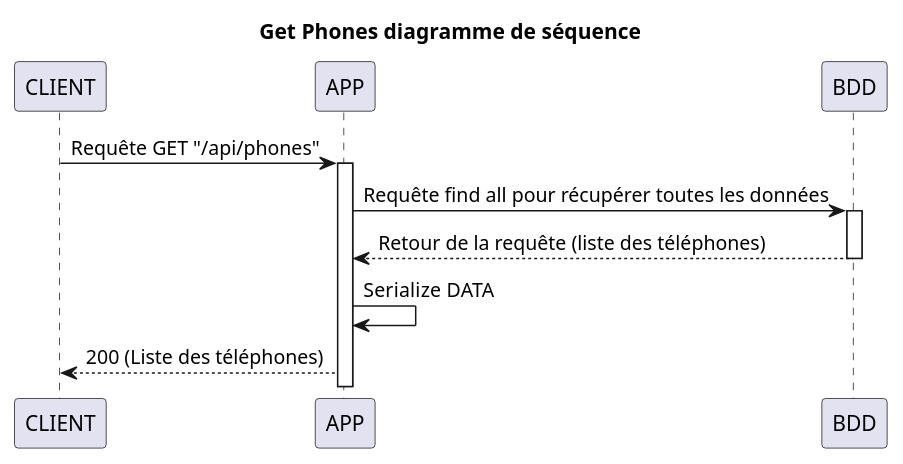
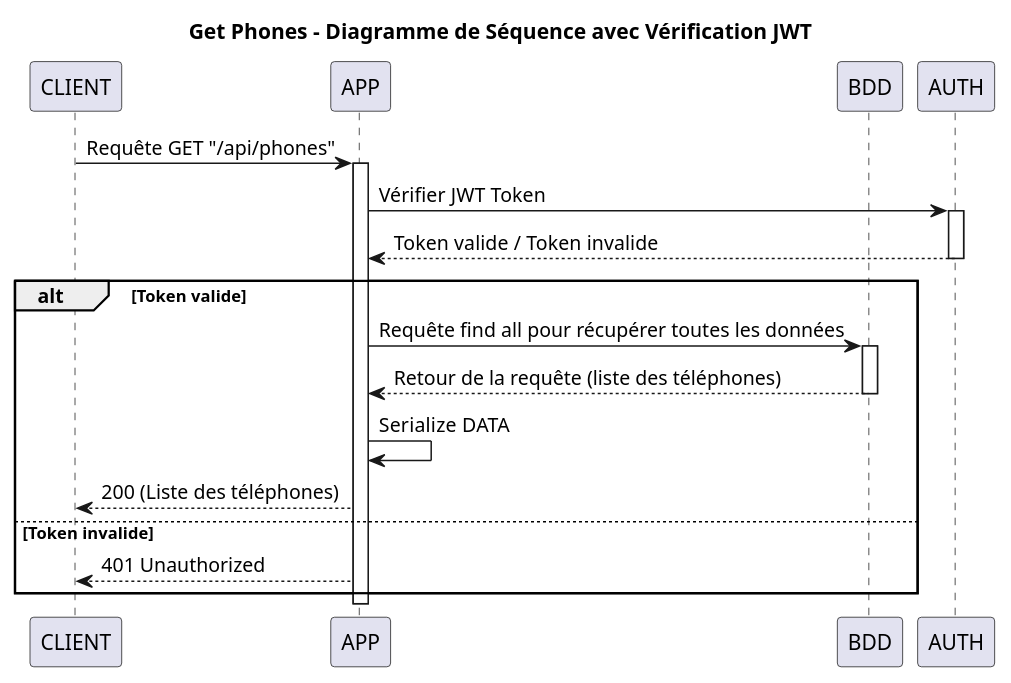
Before and after one commit to Waarrez/P7: the diagram in docs/Diagramme de séquence/GET Phones.puml, drawn with PlantUML. The commit also changed 2 other files, not shown here.

```diff
--- a/docs/Diagramme de séquence/GET Phones.puml
+++ b/docs/Diagramme de séquence/GET Phones.puml
@@ -1,18 +1,31 @@
 @startuml
 
-title Get Phones diagramme de séquence
+title Get Phones - Diagramme de Séquence avec Vérification JWT
 
 participant CLIENT
 participant APP
 participant BDD
+participant AUTH
 
 CLIENT -> APP: Requête GET "/api/phones"
 activate APP
-APP -> BDD  : Requête find all pour récupérer toutes les données
-activate BDD
-BDD --> APP : Retour de la requête (liste des téléphones)
-deactivate BDD
-APP -> APP : Serialize DATA
-APP --> CLIENT : 200 (Liste des téléphones)
+
+APP -> AUTH : Vérifier JWT Token
+activate AUTH
+AUTH --> APP : Token valide / Token invalide
+deactivate AUTH
+
+alt Token valide
+    APP -> BDD  : Requête find all pour récupérer toutes les données
+    activate BDD
+    BDD --> APP : Retour de la requête (liste des téléphones)
+    deactivate BDD
+    APP -> APP : Serialize DATA
+    APP --> CLIENT : 200 (Liste des téléphones)
+else Token invalide
+    APP --> CLIENT : 401 Unauthorized
+end
+
+deactivate APP
 
 @enduml
```
